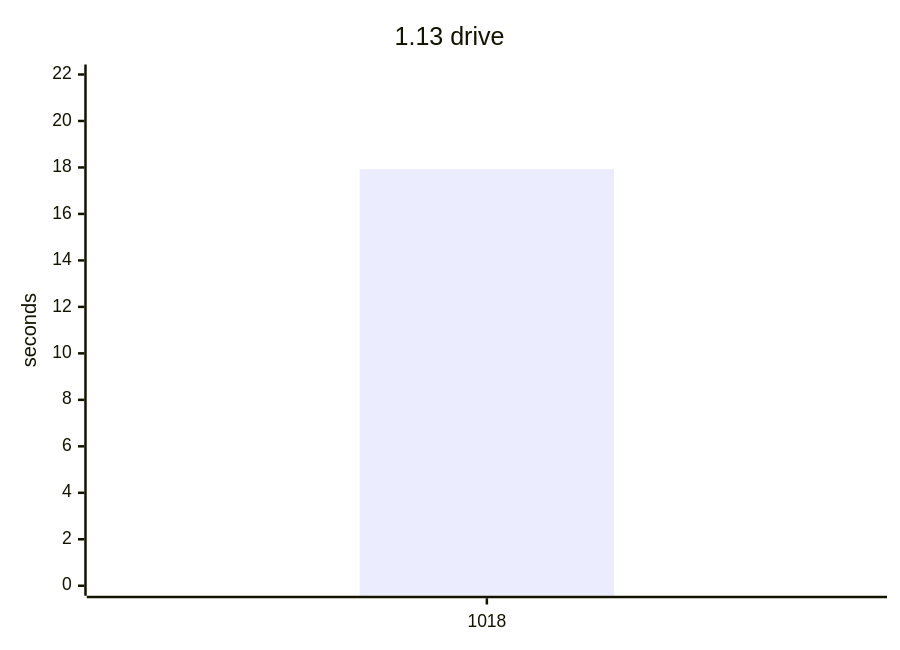
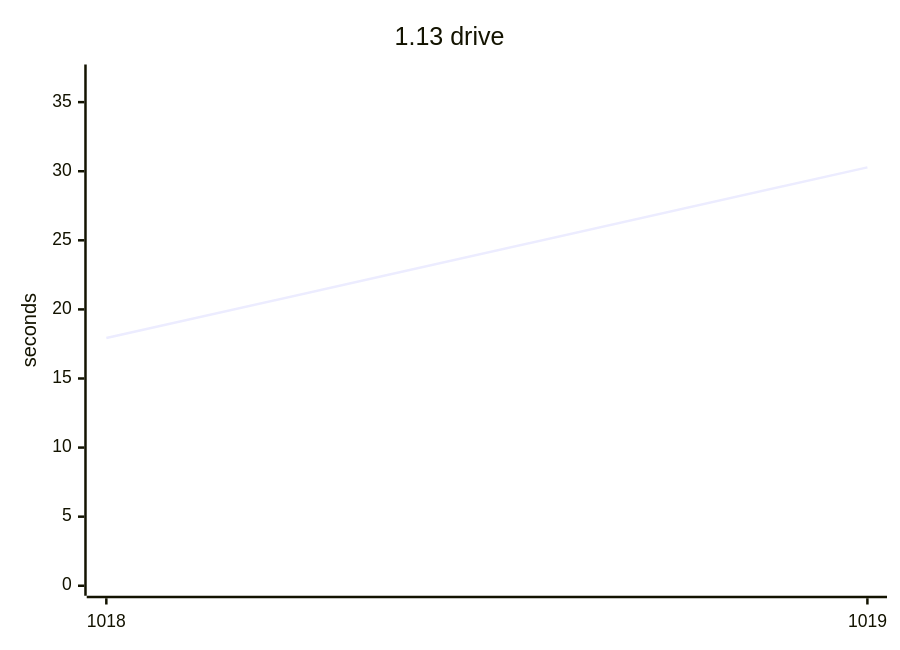
Before and after one commit to yamanori99/DistSSHRun.jl: the third of 9 diagrams in README.md, drawn with Mermaid. The commit also changed other lines of this file and 1 other file, not shown here.

````diff
--- a/README.md
+++ b/README.md
@@ -66,7 +70,7 @@
 ```mermaid
 xychart-beta
     title "1.13 drive"
-    x-axis ["1018"]
-    y-axis "seconds" 0 --> 22
-    bar [17.93]
+    x-axis ["1018", "1019"]
+    y-axis "seconds" 0 --> 37
+    line [17.93, 30.28]
 ```
````
